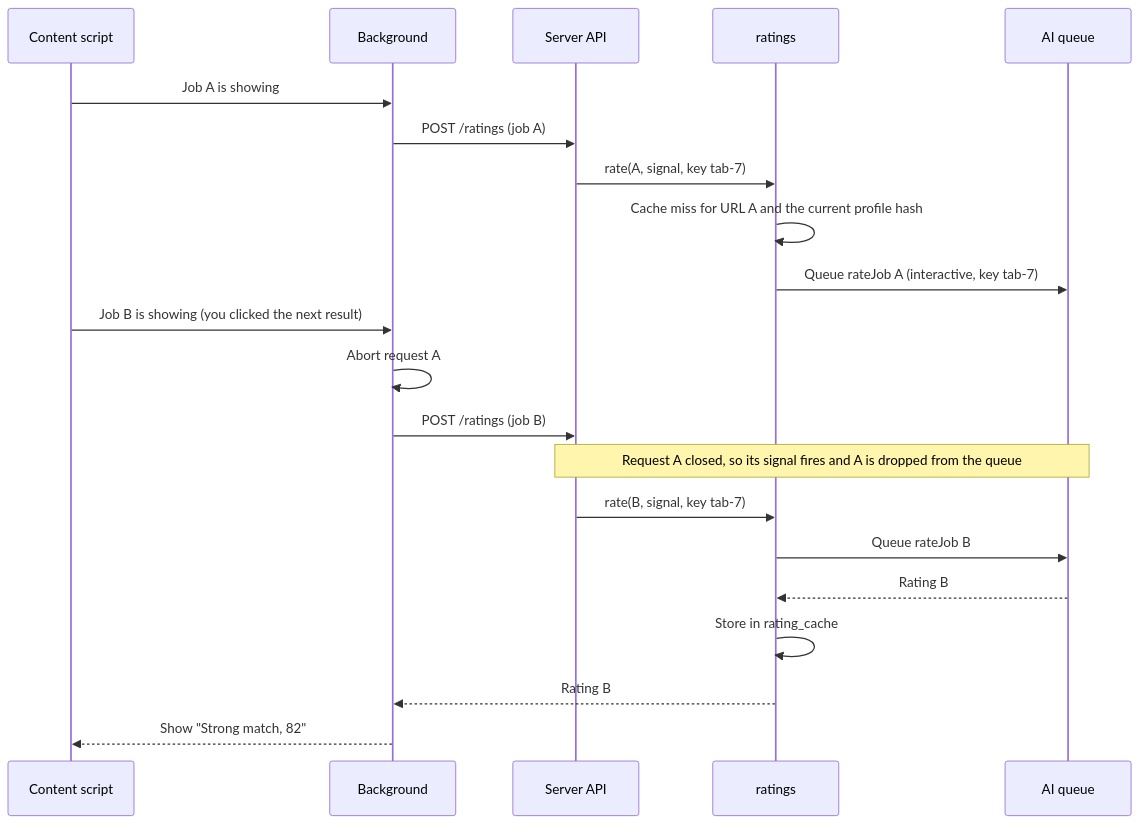
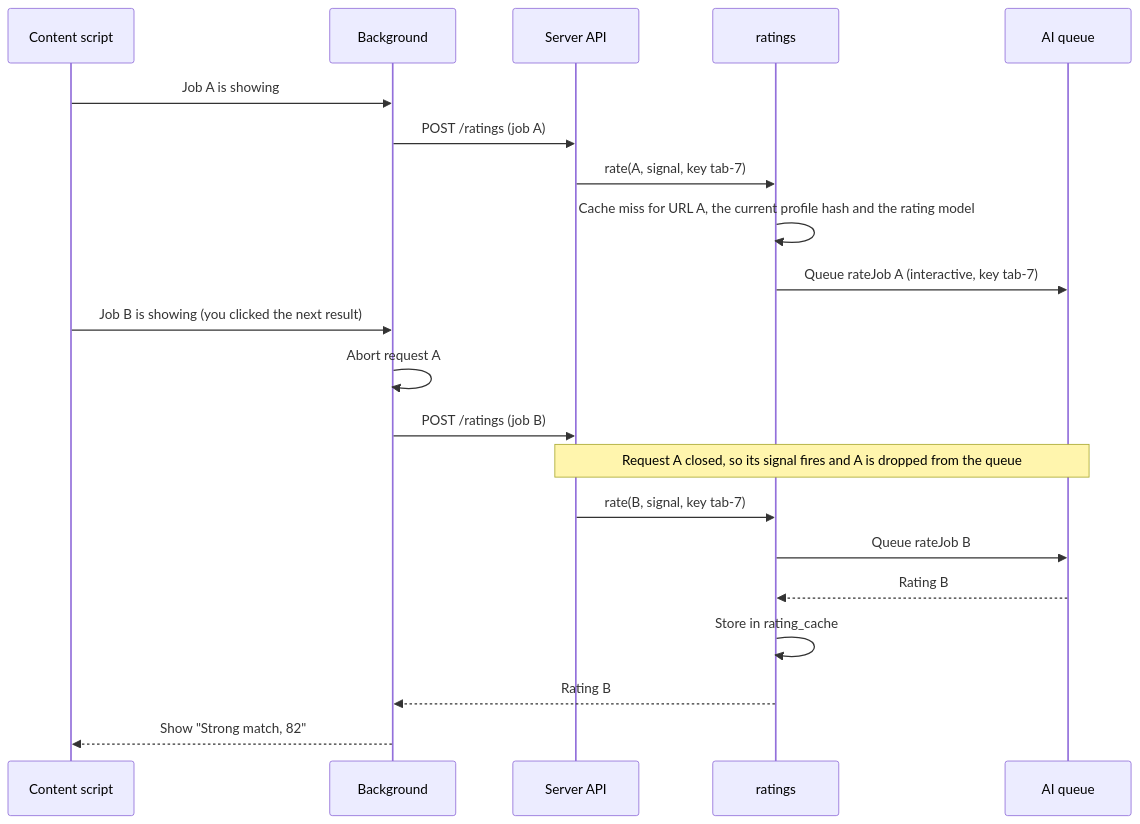
The sixth of 12 diagrams in docs/architecture.md (aximili/job-registry), drawn with Mermaid before and after one commit. The commit also changed other lines of this file and 105 other files, not shown here.

````diff
--- a/docs/architecture.md
+++ b/docs/architecture.md
@@ -537,24 +591,24 @@
 ```mermaid
 sequenceDiagram
   participant CS as Content script
   participant BG as Background
   participant API as Server API
   participant R as ratings
   participant Q as AI queue
 
   CS->>BG: Job A is showing
   BG->>API: POST /ratings (job A)
   API->>R: rate(A, signal, key tab-7)
-  R->>R: Cache miss for URL A and the current profile hash
+  R->>R: Cache miss for URL A, the current profile hash and the rating model
   R->>Q: Queue rateJob A (interactive, key tab-7)
   CS->>BG: Job B is showing (you clicked the next result)
   BG->>BG: Abort request A
   BG->>API: POST /ratings (job B)
   Note over API,Q: Request A closed, so its signal fires and A is dropped from the queue
   API->>R: rate(B, signal, key tab-7)
   R->>Q: Queue rateJob B
   Q-->>R: Rating B
   R->>R: Store in rating_cache
   R-->>BG: Rating B
   BG-->>CS: Show "Strong match, 82"
 ```
````
